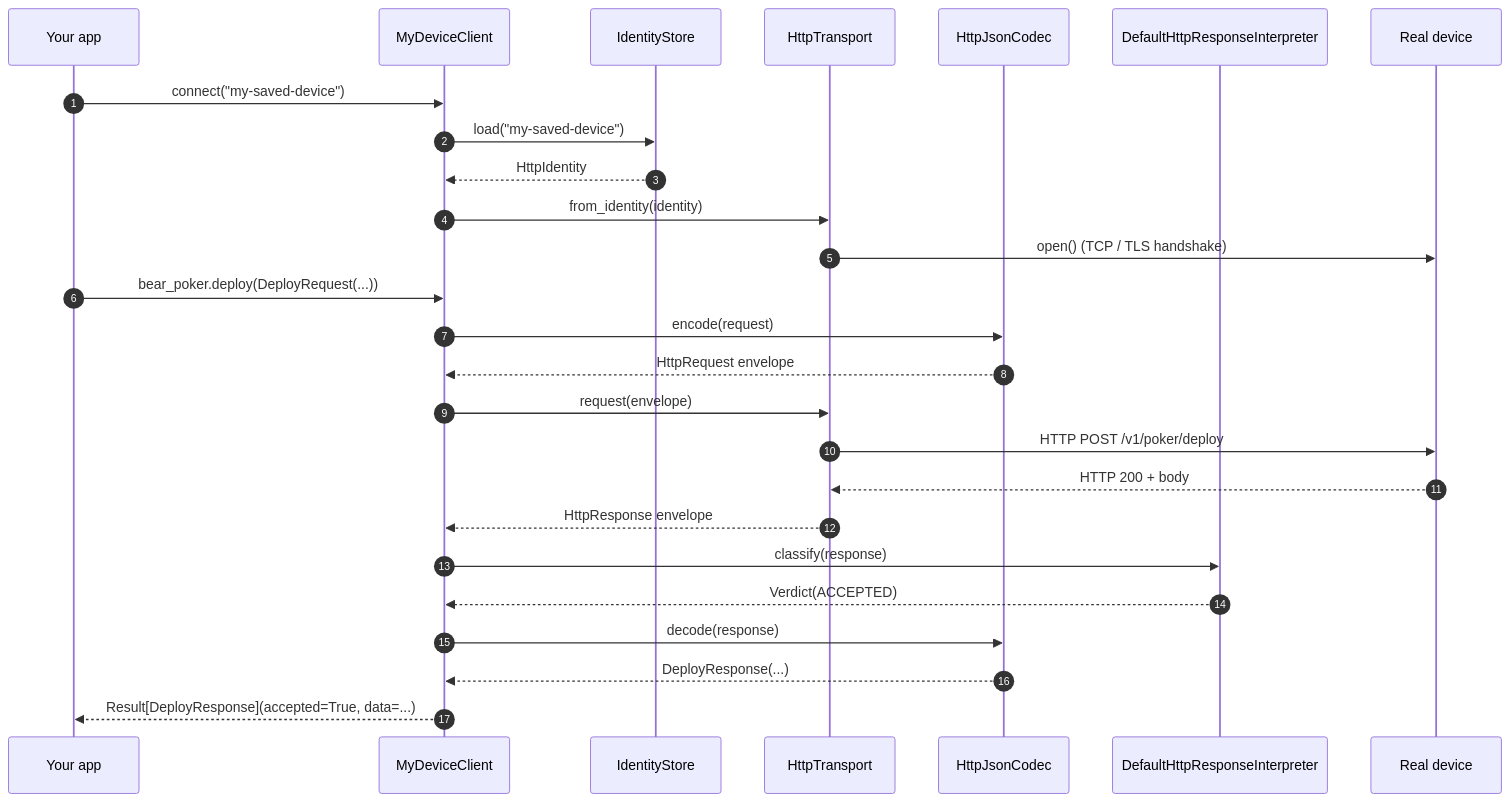
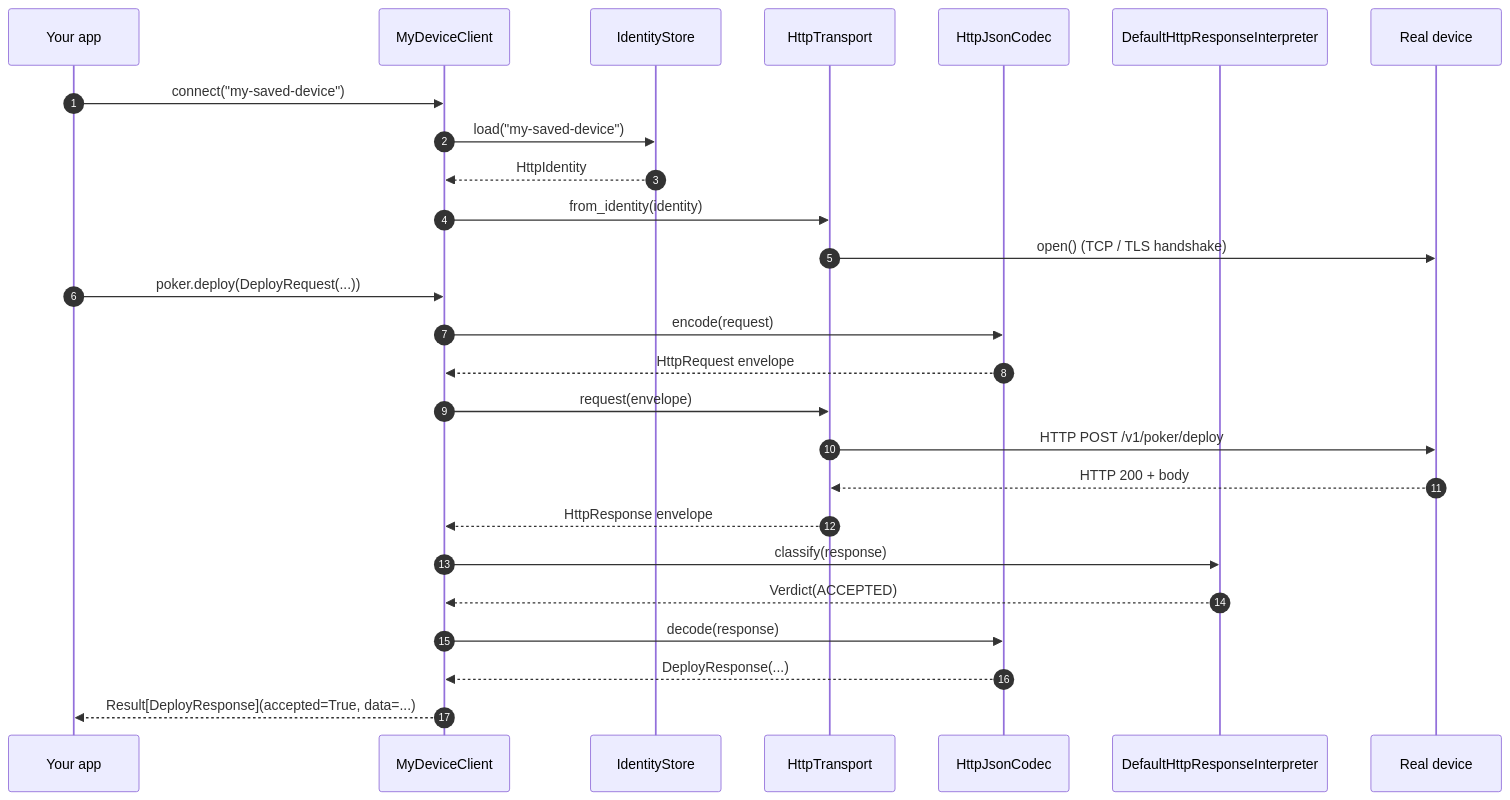
One commit to jugglingbear/kandra changed the third of 3 diagrams in docs/concepts/architecture.md. Above: the diagram before and after it, drawn with Mermaid. The commit also changed other lines of this file and 6 other files, not shown here.

````diff
--- a/docs/concepts/architecture.md
+++ b/docs/concepts/architecture.md
@@ -177,30 +183,30 @@
 ```{mermaid}
 sequenceDiagram
     autonumber
     participant App as Your app
     participant Client as MyDeviceClient
     participant Store as IdentityStore
     participant Transport as HttpTransport
     participant Codec as HttpJsonCodec
     participant ResponseInterpreter as DefaultHttpResponseInterpreter
     participant Device as Real device
 
     App->>Client: connect("my-saved-device")
     Client->>Store: load("my-saved-device")
     Store-->>Client: HttpIdentity
     Client->>Transport: from_identity(identity)
     Transport->>Device: open() (TCP / TLS handshake)
 
-    App->>Client: bear_poker.deploy(DeployRequest(...))
+    App->>Client: poker.deploy(DeployRequest(...))
     Client->>Codec: encode(request)
     Codec-->>Client: HttpRequest envelope
     Client->>Transport: request(envelope)
     Transport->>Device: HTTP POST /v1/poker/deploy
     Device-->>Transport: HTTP 200 + body
     Transport-->>Client: HttpResponse envelope
     Client->>ResponseInterpreter: classify(response)
     ResponseInterpreter-->>Client: Verdict(ACCEPTED)
     Client->>Codec: decode(response)
     Codec-->>Client: DeployResponse(...)
     Client-->>App: Result[DeployResponse](accepted=True, data=...)
 ```
````
